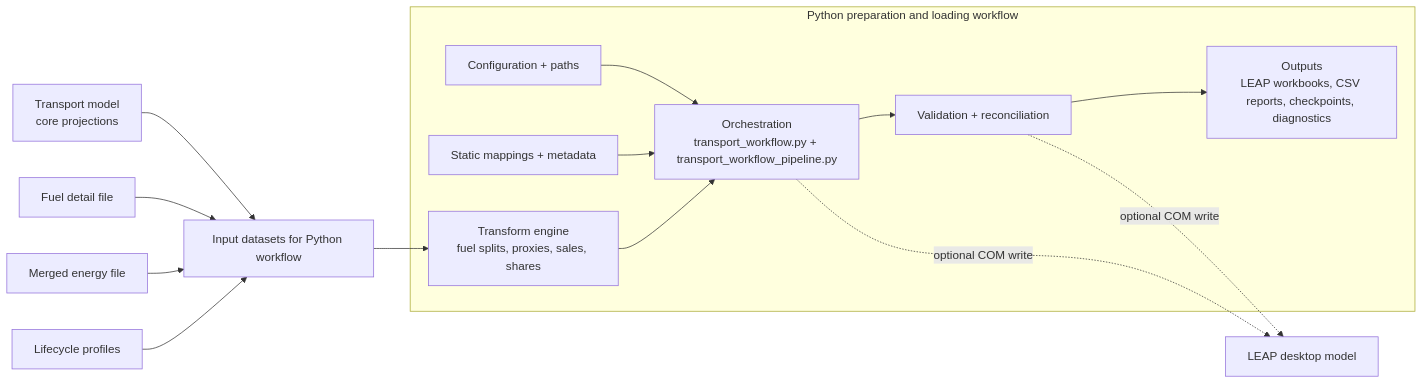
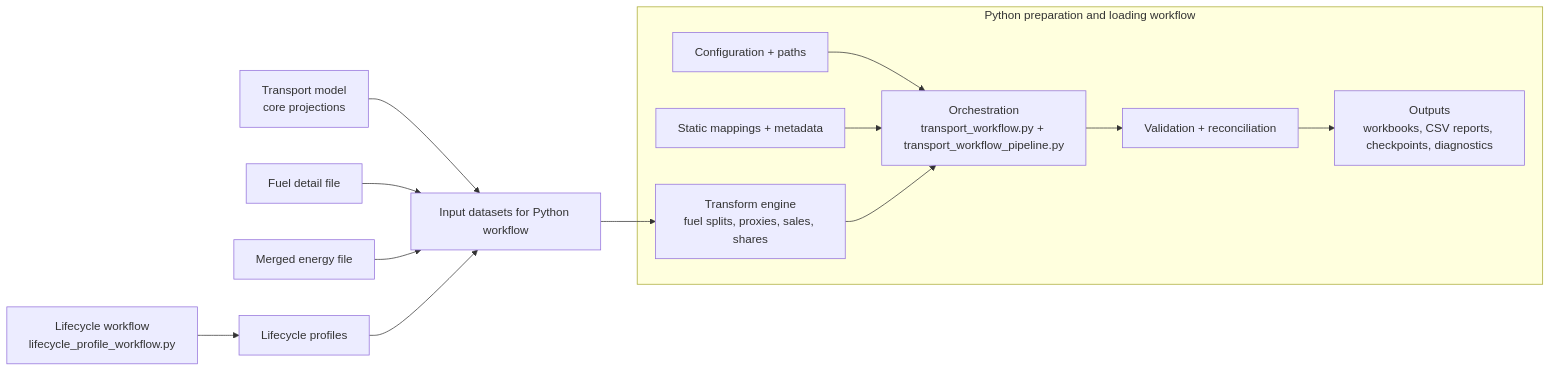
The diagram in docs/PROCESS_FLOW.md (asia-pacific-energy-research-centre/leap_transport), drawn with Mermaid before and after one commit. The commit also changed other lines of this file and 21 other files, not shown here.

````diff
--- a/docs/PROCESS_FLOW.md
+++ b/docs/PROCESS_FLOW.md
@@ -14,28 +29,27 @@
 ```mermaid
 flowchart LR
     TM[Transport model<br/>core projections] --> IN
     FD[Fuel detail file] --> IN
     ME[Merged energy file] --> IN
+    LWF[Lifecycle workflow<br/>lifecycle_profile_workflow.py] --> LP
     LP[Lifecycle profiles] --> IN
 
     IN[Input datasets for Python workflow]
 
     subgraph PY[Python preparation and loading workflow]
         CFG[Configuration + paths]
         MAP[Static mappings + metadata]
         ENG[Transform engine<br/>fuel splits, proxies, sales, shares]
         ORCH[Orchestration<br/>transport_workflow.py + transport_workflow_pipeline.py]
         VAL[Validation + reconciliation]
-        OUT[Outputs<br/>LEAP workbooks, CSV reports, checkpoints, diagnostics]
+        OUT[Outputs<br/>workbooks, CSV reports, checkpoints, diagnostics]
 
         CFG --> ORCH
         MAP --> ORCH
         ENG --> ORCH
         ORCH --> VAL
         VAL --> OUT
     end
 
     IN --> ENG
-    ORCH -.optional COM write.-> COM[LEAP desktop model]
-    VAL -.optional COM write.-> COM
 ```
````
